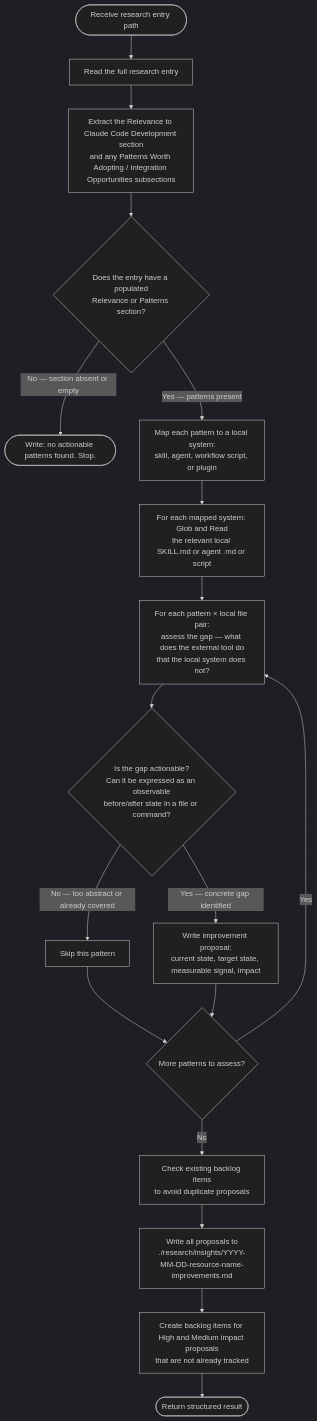
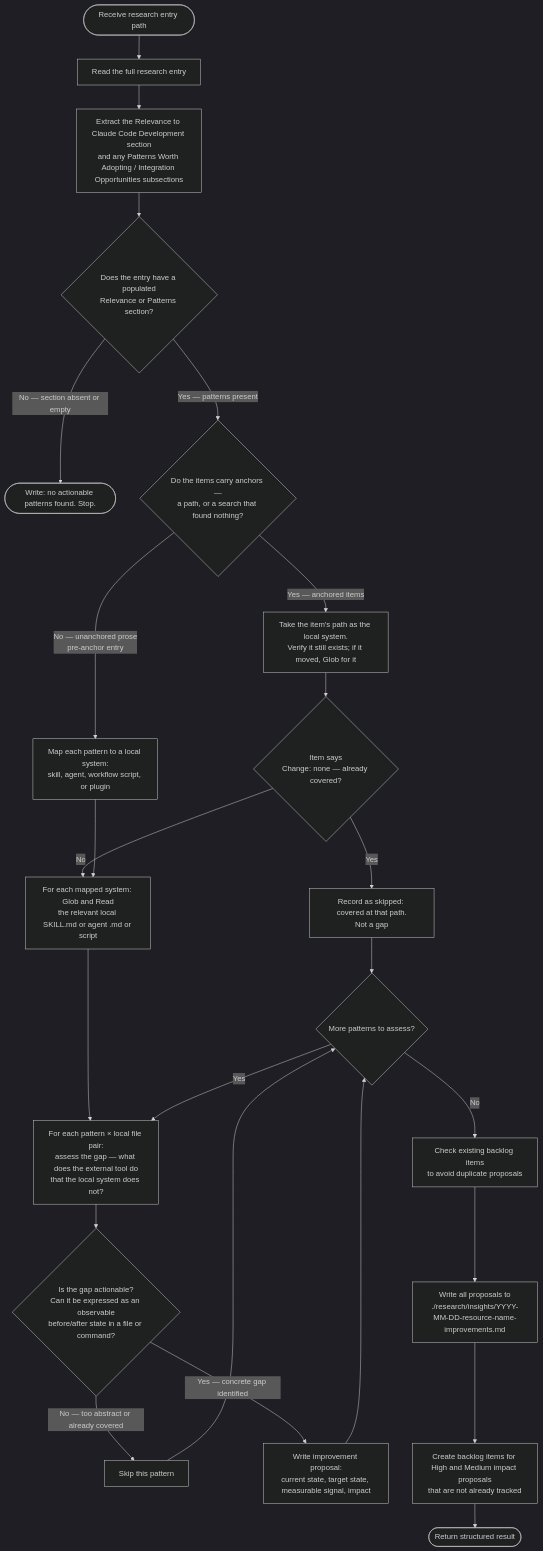
One commit to Jamie-BitFlight/claude_skills changed the diagram in .claude/agents/research-insight-extractor.md. Above: the diagram before and after it, drawn with Mermaid (dark theme). The commit also changed other lines of this file and 4 other files, not shown here.

````diff
--- a/.claude/agents/research-insight-extractor.md
+++ b/.claude/agents/research-insight-extractor.md
@@ -26,20 +26,26 @@
 ```mermaid
 flowchart TD
     Start([Receive research entry path]) --> Read[Read the full research entry]
     Read --> Relevance[Extract the Relevance to Claude Code Development section<br>and any Patterns Worth Adopting / Integration Opportunities subsections]
     Relevance --> Empty{Does the entry have a populated<br>Relevance or Patterns section?}
     Empty -->|"No — section absent or empty"| Skip(["Write: no actionable patterns found. Stop."])
-    Empty -->|"Yes — patterns present"| MapSystems[Map each pattern to a local system:<br>skill, agent, workflow script, or plugin]
+    Empty -->|"Yes — patterns present"| Anchored{Do the items carry anchors —<br>a path, or a search that found nothing?}
+    Anchored -->|"Yes — anchored items"| UseAnchor[Take the item's path as the local system.<br>Verify it still exists; if it moved, Glob for it]
+    Anchored -->|"No — unanchored prose<br>pre-anchor entry"| MapSystems[Map each pattern to a local system:<br>skill, agent, workflow script, or plugin]
+    UseAnchor --> Covered{Item says<br>Change: none — already covered?}
+    Covered -->|Yes| Skipped[Record as skipped: covered at that path.<br>Not a gap]
+    Covered -->|No| FindFiles
+    Skipped --> MorePatterns
     MapSystems --> FindFiles[For each mapped system: Glob and Read<br>the relevant local SKILL.md or agent .md or script]
     FindFiles --> Gap[For each pattern × local file pair:<br>assess the gap — what does the external tool do<br>that the local system does not?]
     Gap --> Filter{Is the gap actionable?<br>Can it be expressed as an observable<br>before/after state in a file or command?}
     Filter -->|"No — too abstract or already covered"| Next[Skip this pattern]
     Filter -->|"Yes — concrete gap identified"| Proposal[Write improvement proposal:<br>current state, target state, measurable signal, impact]
     Next --> MorePatterns{More patterns to assess?}
     Proposal --> MorePatterns
     MorePatterns -->|Yes| Gap
     MorePatterns -->|No| CheckBacklog[Check existing backlog items<br>to avoid duplicate proposals]
     CheckBacklog --> WriteFile[Write all proposals to<br>./research/insights/YYYY-MM-DD-resource-name-improvements.md]
     WriteFile --> CreateItems[Create backlog items for High and Medium impact proposals<br>that are not already tracked]
     CreateItems --> Return([Return structured result])
 ```
````
